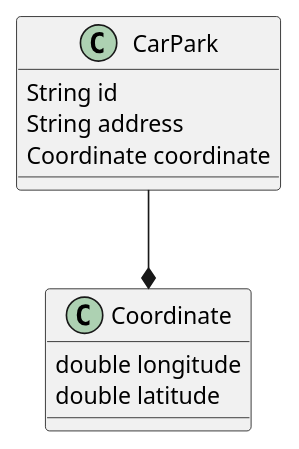
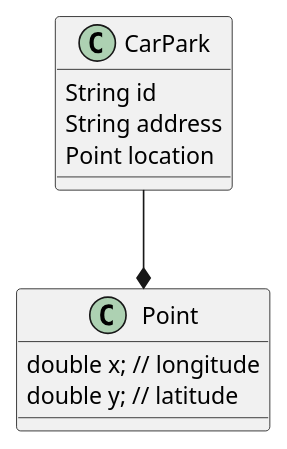
One commit to kiendev98/Car-Parks changed the diagram in docs/domain.puml. Above: the diagram before and after it, drawn with PlantUML. The commit also changed 7 other files, not shown here.

```diff
--- a/docs/domain.puml
+++ b/docs/domain.puml
@@ -1,14 +1,14 @@
 @startuml domain
 class CarPark {
     String id
     String address
-    Coordinate coordinate
+    Point location
 }
 
-class Coordinate {
-    double longitude
-    double latitude
+class Point {
+    double x; // longitude
+    double y; // latitude
 }
 
-CarPark --* Coordinate
+CarPark --* Point
 @enduml
```
